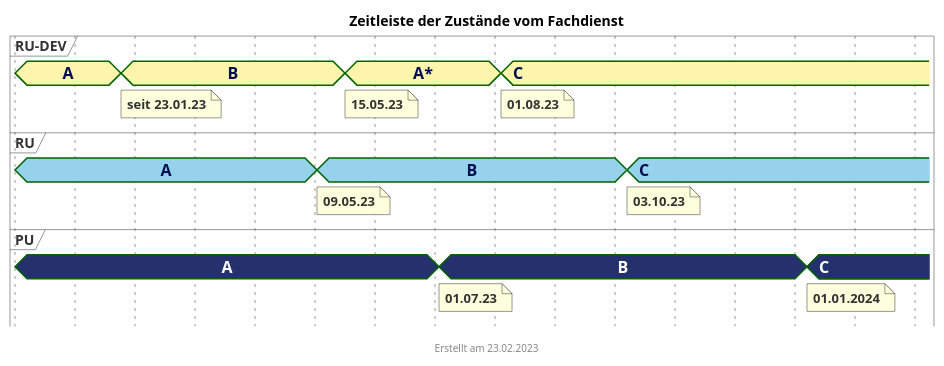
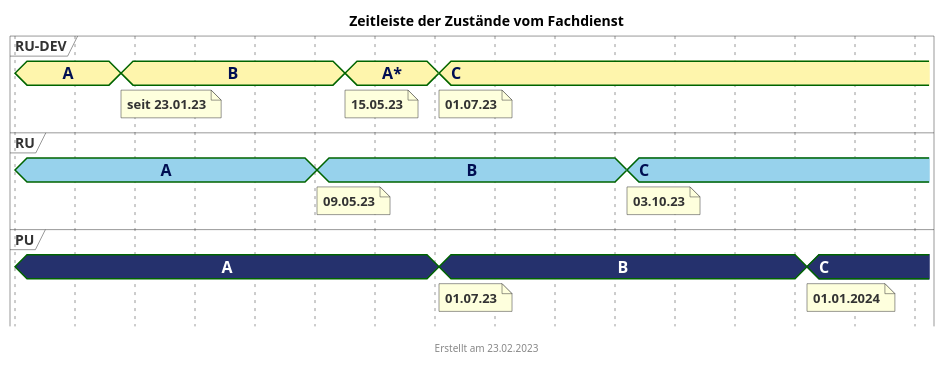
Before and after one commit to gematik/api-erp: the diagram in puml/fd_zustaende_timeline.puml, drawn with PlantUML. The commit also changed 1 other file, not shown here.

```diff
--- a/puml/fd_zustaende_timeline.puml
+++ b/puml/fd_zustaende_timeline.puml
@@ -1,77 +1,75 @@
 @startuml fhir_version_timeline
 <style>
 root {
     Margin 0 0 0 30
 }
 
 timingDiagram {
   .rudevcolor {
     FontColor #000e52
     Fontsize 16
     FontStyle bold
     Backgroundcolor #FEF5AC
   }
   .rucolor {
     FontColor #000e52
     Fontsize 16
     FontStyle bold
     Backgroundcolor #97D2EC
   }
   .pucolor {
     FontColor #ffffff
     Fontsize 16
     FontStyle bold
     BackgroundColor #25316D
   }
 }
 </style>
 title Zeitleiste der Zustände vom Fachdienst
 footer Erstellt am 23.02.2023
 
 concise "RU-DEV" as RUDEV <<rudevcolor>>
 concise "RU" as RU <<rucolor>>
 concise "PU" as PU <<pucolor>>
 
 
 '30 days is scaled to 50 pixels
 scale 2592000 as 60 pixels
 hide time-axis
 'manual time-axis
 'use date format "dd.MM.yyyy"
 
 @2022/12/01
 RUDEV is "A"
 RU is "A"
 PU is "A"
 
 @2023/01/23
 RUDEV is "B"
 note bottom of RUDEV : seit 23.01.23
 
 @2023/05/01
 RU is "B"
 note bottom of RU : 09.05.23
 
 @2023/05/15
 RUDEV is "A*"
 note bottom of RUDEV : 15.05.23
 
 @2023/07/01
 PU is "B"
 note bottom of PU : 01.07.23
-
-@2023/08/01
 RUDEV is "C"
-note bottom of RUDEV : 01.08.23
+note bottom of RUDEV : 01.07.23
 
 @2023/10/03
 RU is "C"
 note bottom of RU : 03.10.23
 
 
 @2024/01/01
 PU is "C"
 note bottom of PU : 01.01.2024
 
 @2024/02/01
 @enduml
```
